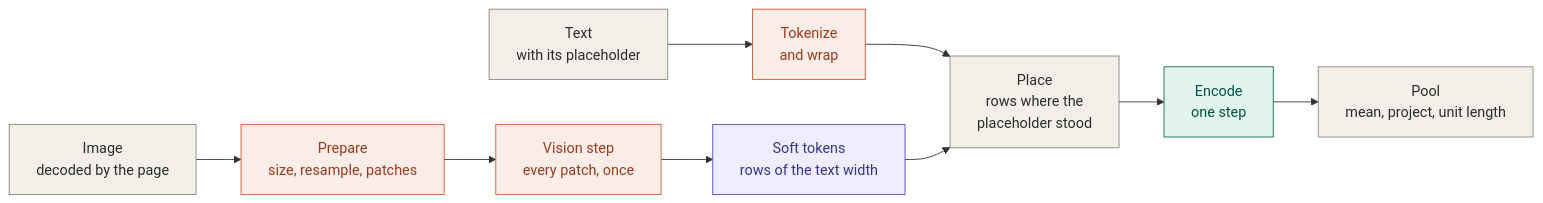
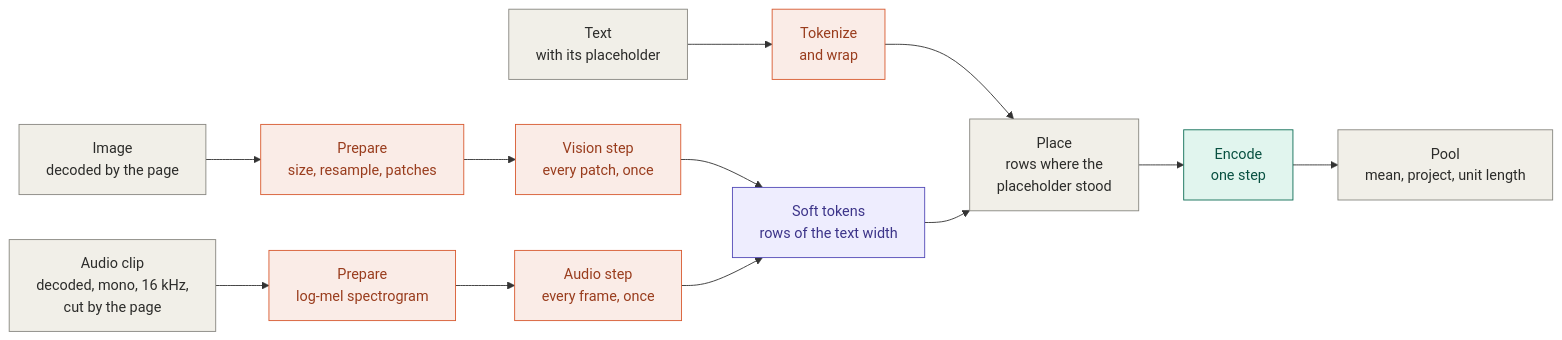
One commit to plainsight-systems/charlotte changed the fourth of 10 diagrams in docs/architecture/logical-overview.md. Above: the diagram before and after it, drawn with Mermaid. The commit also changed other lines of this file and 31 other files, not shown here.

First line of the commit message:
Design audio for EmbeddingGemma 2: its encoder, its kernels and its page

````diff
--- a/docs/architecture/logical-overview.md
+++ b/docs/architecture/logical-overview.md
@@ -87,18 +87,21 @@
 ```mermaid
 flowchart LR
     img["Image<br/>decoded by the page"] --> prep["Prepare<br/>size, resample, patches"]
     prep --> vis["Vision step<br/>every patch, once"]
     vis --> soft["Soft tokens<br/>rows of the text width"]
+    aud["Audio clip<br/>decoded, mono, 16 kHz,<br/>cut by the page"] --> mel["Prepare<br/>log-mel spectrogram"]
+    mel --> aenc["Audio step<br/>every frame, once"]
+    aenc --> soft
     txt["Text<br/>with its placeholder"] --> tok["Tokenize<br/>and wrap"]
     tok --> place["Place<br/>rows where the<br/>placeholder stood"]
     soft --> place
     place --> step["Encode<br/>one step"]
     step --> pool["Pool<br/>mean, project, unit length"]
     classDef default fill:#F1EFE8,stroke:#888780,color:#2C2C2A
     classDef fork fill:#FAECE7,stroke:#D85A30,color:#993C1D
     classDef policy fill:#EEEDFE,stroke:#534AB7,color:#3C3489
     classDef regime fill:#E1F5EE,stroke:#0F6E56,color:#085041
-    class prep,vis,tok fork
+    class prep,vis,mel,aenc,tok fork
     class soft policy
     class step regime
 ```
````
